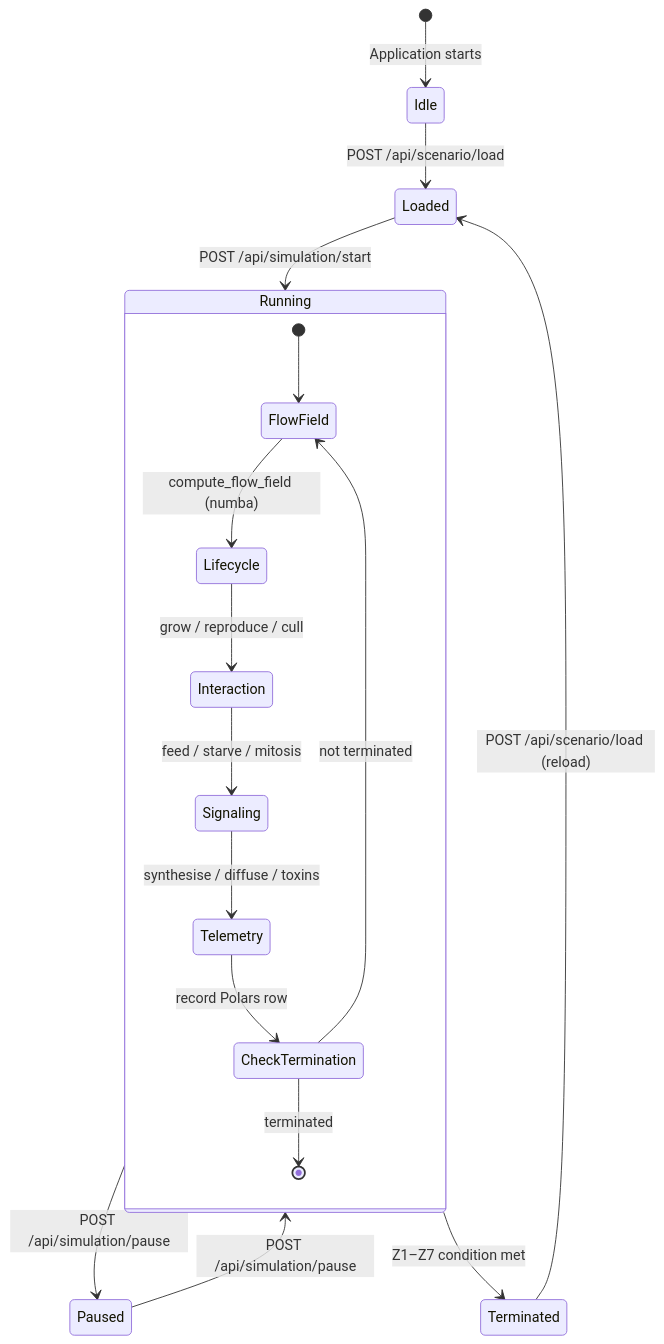
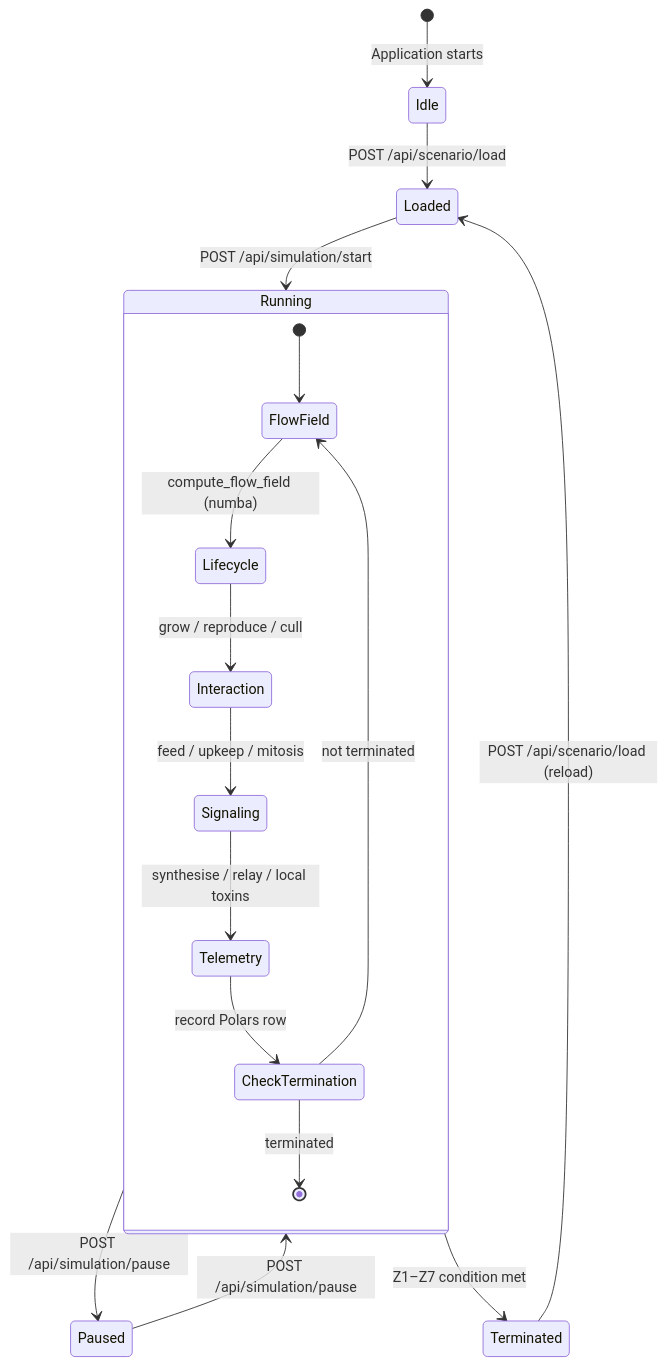
Before and after one commit to foersben/PHIDS: the second of 4 diagrams in docs/architecture.md, drawn with Mermaid. The commit also changed 10 other files, not shown here.

Commit message:
fix(signaling): localize toxins and remove duplicate damage

````diff
--- a/docs/architecture.md
+++ b/docs/architecture.md
@@ -85,22 +85,22 @@
 ```mermaid
 stateDiagram-v2
     [*] --> Idle : Application starts
 
     Idle --> Loaded : POST /api/scenario/load
     Loaded --> Running : POST /api/simulation/start
     Running --> Paused : POST /api/simulation/pause
     Paused --> Running : POST /api/simulation/pause
     Running --> Terminated : Z1–Z7 condition met
     Terminated --> Loaded : POST /api/scenario/load (reload)
 
     state Running {
         [*] --> FlowField
         FlowField --> Lifecycle : compute_flow_field (numba)
         Lifecycle --> Interaction : grow / reproduce / cull
-        Interaction --> Signaling : feed / starve / mitosis
-        Signaling --> Telemetry : synthesise / diffuse / toxins
+        Interaction --> Signaling : feed / upkeep / mitosis
+        Signaling --> Telemetry : synthesise / relay / local toxins
         Telemetry --> CheckTermination : record Polars row
         CheckTermination --> FlowField : not terminated
         CheckTermination --> [*] : terminated
     }
 ```
````
